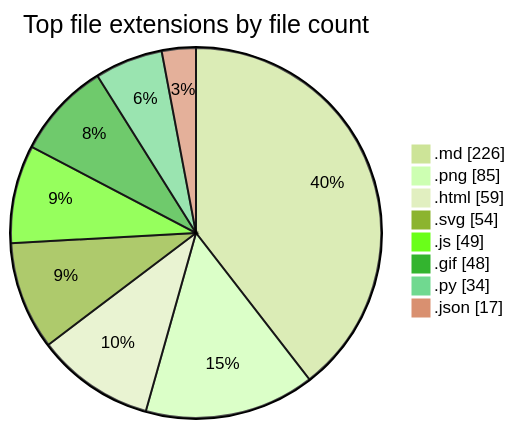
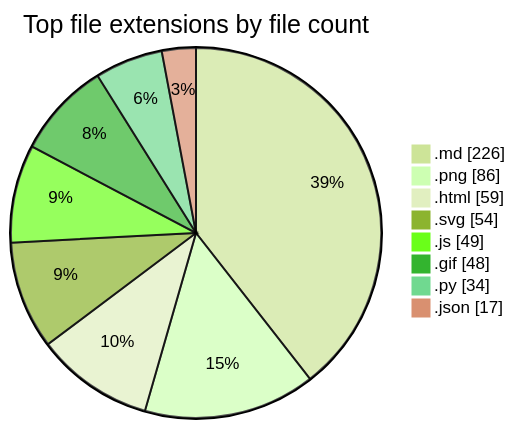
The second of 2 diagrams in README.md (tchinso/tchinso), drawn with Mermaid (forest theme) before and after one commit. The commit also changed other lines of this file, not shown here.

````diff
--- a/README.md
+++ b/README.md
@@ -49,12 +49,12 @@
 ```mermaid
 pie showData
     title Top file extensions by file count
     ".md" : 226
-    ".png" : 85
+    ".png" : 86
     ".html" : 59
     ".svg" : 54
     ".js" : 49
     ".gif" : 48
     ".py" : 34
     ".json" : 17
 ```
````
